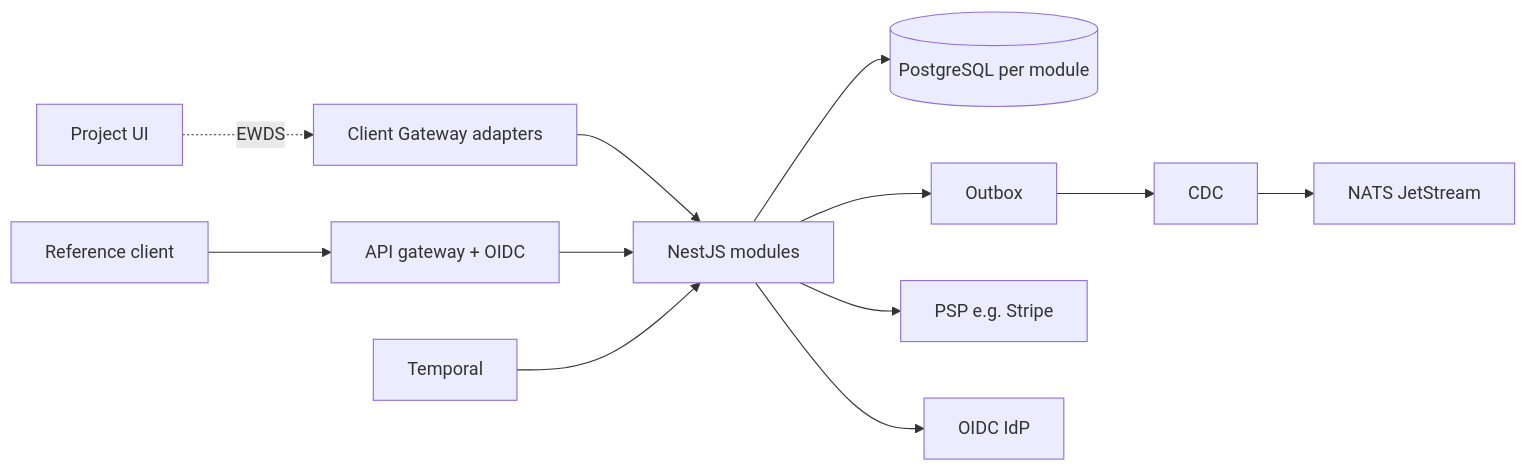
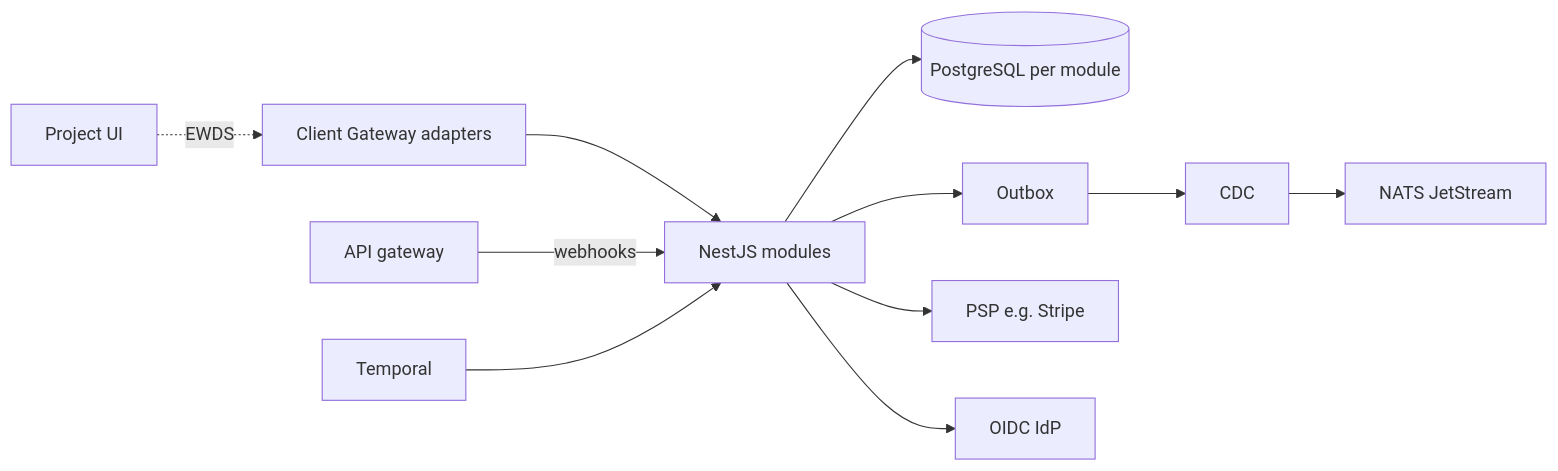
One commit to blooo-io/intelligent-eu-bps-source changed the diagram in apps/site/reference/architecture.md. Above: the diagram before and after it, drawn with Mermaid. The commit also changed 61 other files, not shown here.

````diff
--- a/apps/site/reference/architecture.md
+++ b/apps/site/reference/architecture.md
@@ -21,11 +21,10 @@
 ```mermaid
 flowchart LR
-  UI[Reference client] --> GW[API gateway + OIDC]
-  PUI[Project UI] -.EWDS.-> CG[Client Gateway adapters] --> MOD
-  GW --> MOD[NestJS modules]
+  PUI[Project UI] -.EWDS.-> CG[Client Gateway adapters] --> MOD[NestJS modules]
+  GW[API gateway] -->|webhooks| MOD
   MOD --> PG[(PostgreSQL per module)]
   MOD --> OB[Outbox] --> CDC[CDC] --> BUS[NATS JetStream]
   SCH[Temporal] --> MOD
   MOD --> PSP[PSP e.g. Stripe]
   MOD --> IDP[OIDC IdP]
 ```
````
